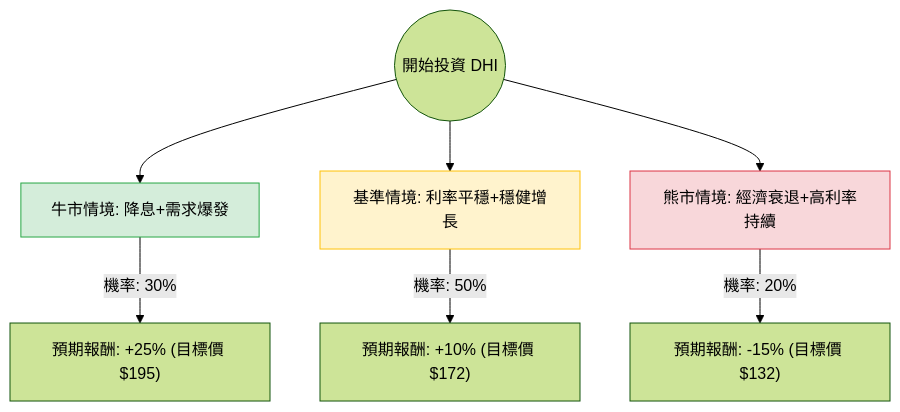
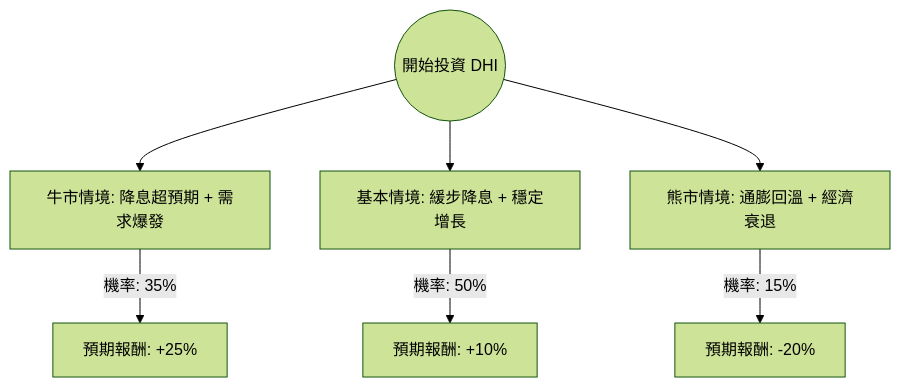
One commit to zmcx16/zmcx16.github.io changed the diagram in plugin-react/ai-analysis/ev-analysis/DHI.md. Above: the diagram before and after it, drawn with Mermaid (forest theme). The commit also changed other lines of this file and 79 other files, not shown here.

````diff
--- a/plugin-react/ai-analysis/ev-analysis/DHI.md
+++ b/plugin-react/ai-analysis/ev-analysis/DHI.md
@@ -20,14 +19,10 @@
 ```mermaid
 graph TD
-    Start((開始投資 DHI)) --> Bull[牛市情境: 降息+需求爆發]
-    Start --> Base[基準情境: 利率平穩+穩健增長]
-    Start --> Bear[熊市情境: 經濟衰退+高利率持續]
+    Start((開始投資 DHI)) --> Bull[牛市情境: 降息超預期 + 需求爆發]
+    Start --> Base[基本情境: 緩步降息 + 穩定增長]
+    Start --> Bear[熊市情境: 通膨回溫 + 經濟衰退]
 
-    Bull -- "機率: 30%" --> BullResult["預期報酬: +25% (目標價 $195)"]
-    Base -- "機率: 50%" --> BaseResult["預期報酬: +10% (目標價 $172)"]
-    Bear -- "機率: 20%" --> BearResult["預期報酬: -15% (目標價 $132)"]
-
-    style Bull fill:#d4edda,stroke:#28a745
-    style Base fill:#fff3cd,stroke:#ffc107
-    style Bear fill:#f8d7da,stroke:#dc3545
+    Bull -- "機率: 35%" --> Bull_EV["預期報酬: +25%"]
+    Base -- "機率: 50%" --> Base_EV["預期報酬: +10%"]
+    Bear -- "機率: 15%" --> Bear_EV["預期報酬: -20%"]
 ```
````
